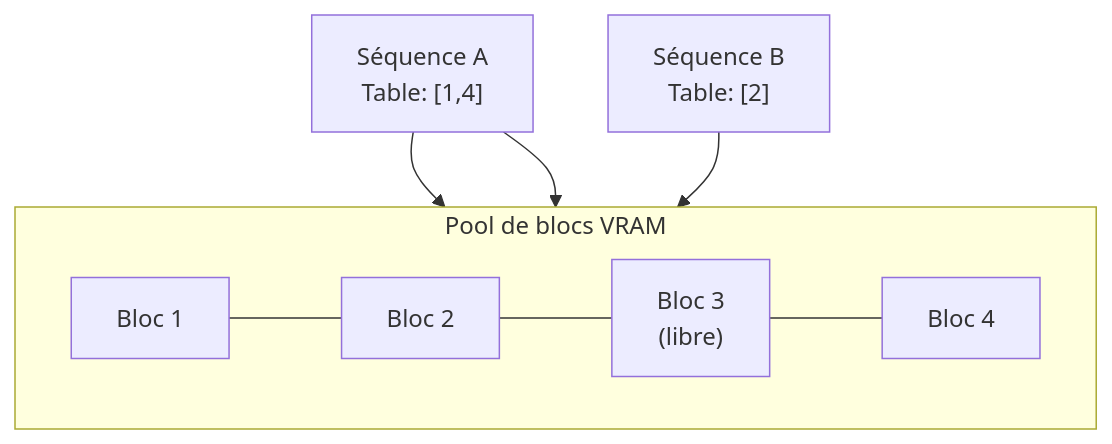
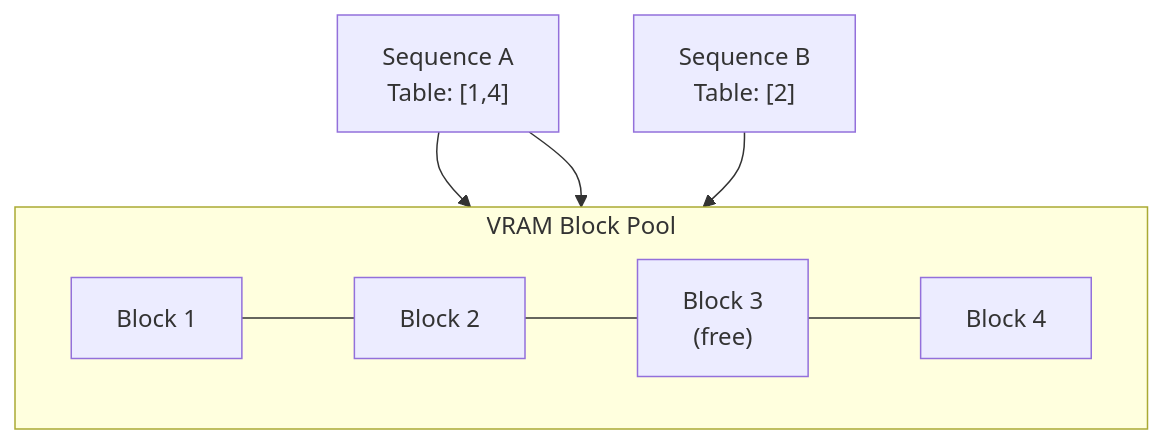
The fourth of 9 diagrams in docs/explain/bible-kv-cache.md (ADORSYS-GIS/Custom-Ai-Ops), drawn with Mermaid before and after one commit. The commit also changed other lines of this file and 25 other files, not shown here.

````diff
--- a/docs/explain/bible-kv-cache.md
+++ b/docs/explain/bible-kv-cache.md
@@ -196,10 +196,10 @@
 ```mermaid
 flowchart TB
-    subgraph VRAM["Pool de blocs VRAM"]
+    subgraph VRAM["VRAM Block Pool"]
         direction LR
-        B1["Bloc 1"] --- B2["Bloc 2"] --- B3["Bloc 3\n(libre)"] --- B4["Bloc 4"]
+        B1["Block 1"] --- B2["Block 2"] --- B3["Block 3\n(free)"] --- B4["Block 4"]
     end
-    SeqA["Séquence A\nTable: [1,4]"] --> B1
+    SeqA["Sequence A\nTable: [1,4]"] --> B1
     SeqA --> B4
-    SeqB["Séquence B\nTable: [2]"] --> B2
+    SeqB["Sequence B\nTable: [2]"] --> B2
 ```
````
